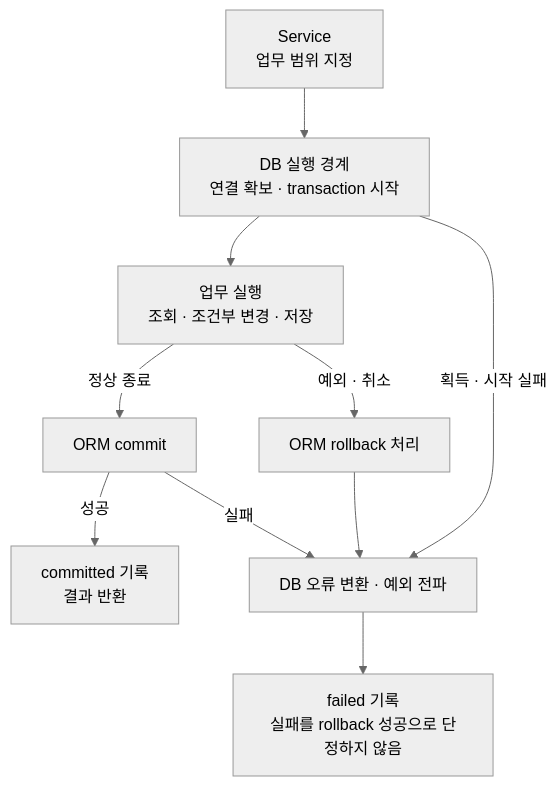
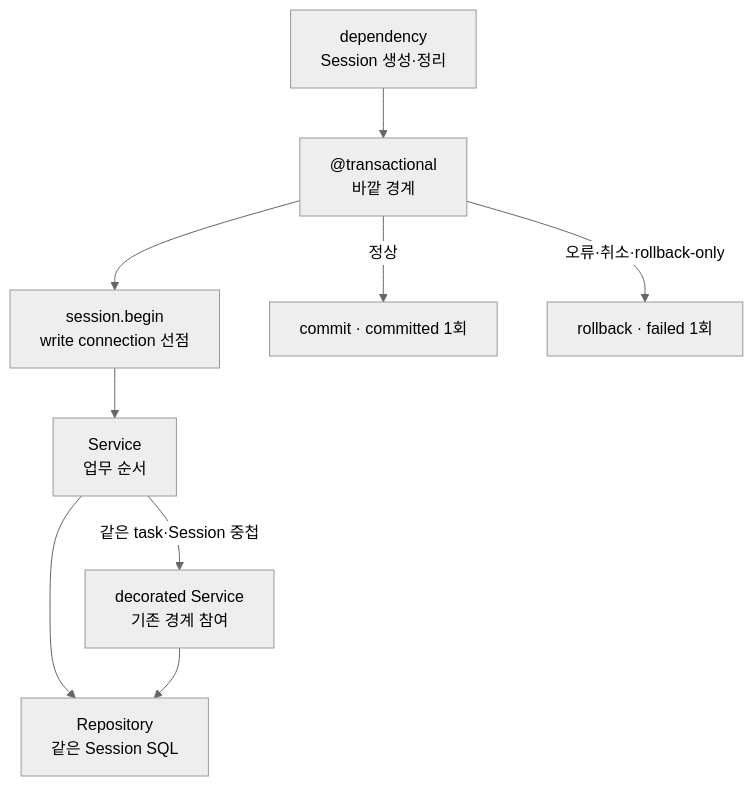
Before and after one commit to Dae-Jeong/BackendTemplate: the diagram in design/implementations/transaction-boundaries.md, drawn with Mermaid (neutral theme). The commit also changed other lines of this file and 24 other files, not shown here.

Commit message:
feat(python): add transactional service decorator

````diff
--- a/design/implementations/transaction-boundaries.md
+++ b/design/implementations/transaction-boundaries.md
@@ -21,12 +21,11 @@
 ```mermaid
 flowchart TD
-    S["Service<br/>업무 범위 지정"] --> T["DB 실행 경계<br/>연결 확보 · transaction 시작"]
-    T --> W["업무 실행<br/>조회 · 조건부 변경 · 저장"]
-    W -->|정상 종료| C["ORM commit"]
-    W -->|예외 · 취소| R["ORM rollback 처리"]
-    C -->|성공| OK["committed 기록<br/>결과 반환"]
-    C -->|실패| E["DB 오류 변환 · 예외 전파"]
-    R --> E
-    T -->|획득 · 시작 실패| E
-    E --> F["failed 기록<br/>실패를 rollback 성공으로 단정하지 않음"]
+    DEP["dependency<br/>Session 생성·정리"] --> DEC["@transactional<br/>바깥 경계"]
+    DEC --> BEGIN["session.begin<br/>write connection 선점"]
+    BEGIN --> SVC["Service<br/>업무 순서"]
+    SVC --> REPO["Repository<br/>같은 Session SQL"]
+    SVC -->|"같은 task·Session 중첩"| JOIN["decorated Service<br/>기존 경계 참여"]
+    JOIN --> REPO
+    DEC -->|"정상"| COMMIT["commit · committed 1회"]
+    DEC -->|"오류·취소·rollback-only"| FAIL["rollback · failed 1회"]
 ```
````
